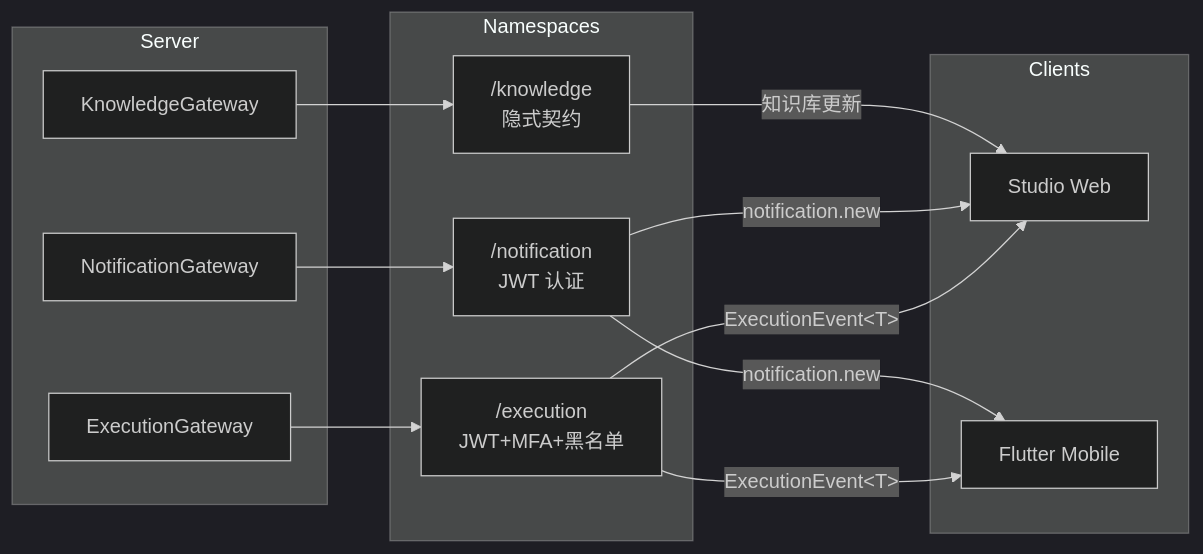
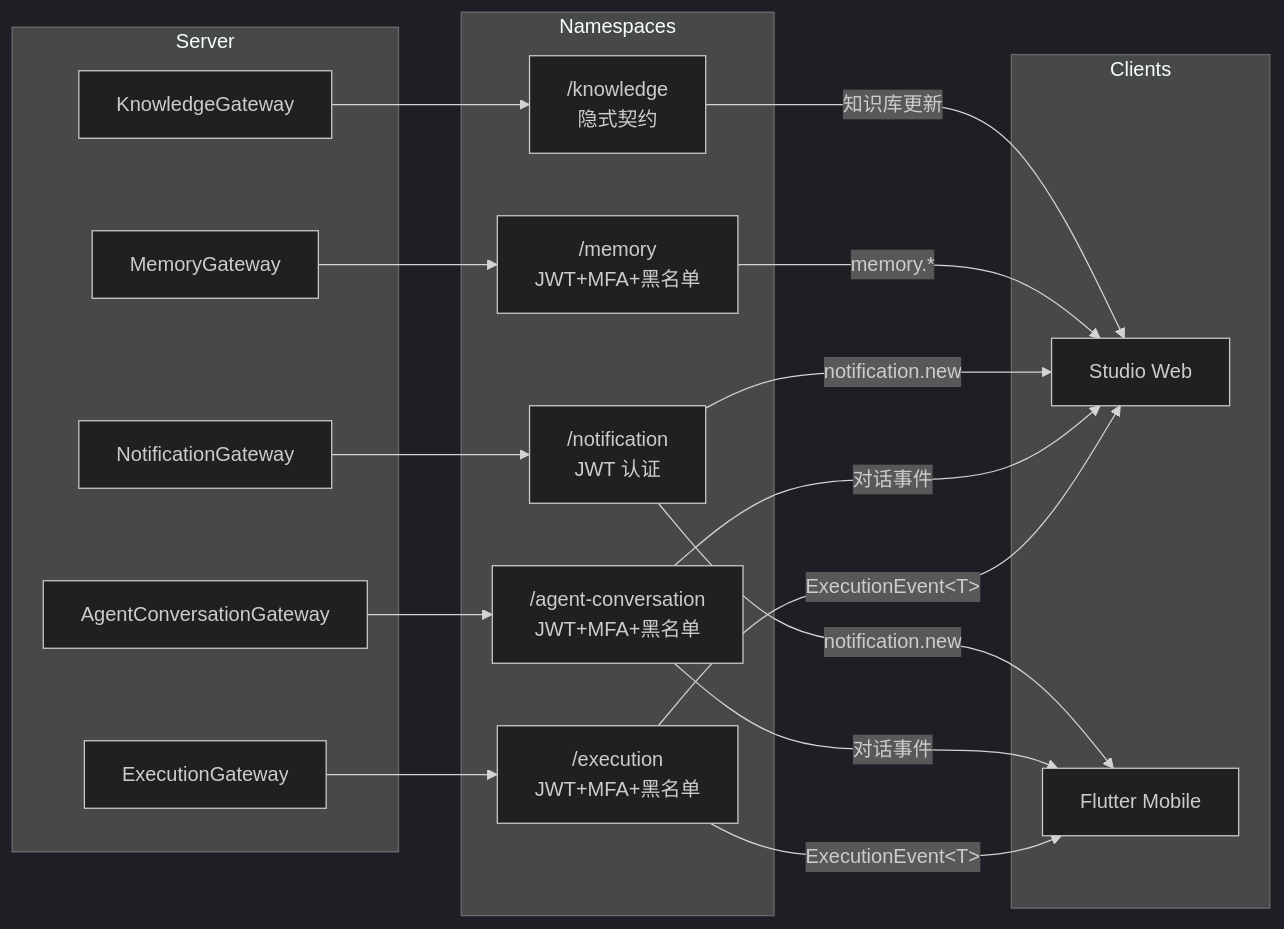
Before and after one commit to Lynricsy/AgentLoom: the second of 2 diagrams in agentloom-docs/zh/server/realtime.md, drawn with Mermaid (dark theme). The commit also changed other lines of this file and 25 other files, not shown here.

````diff
--- a/agentloom-docs/zh/server/realtime.md
+++ b/agentloom-docs/zh/server/realtime.md
@@ -274,29 +407,38 @@
 ```mermaid
 flowchart LR
     subgraph Server
         EG[ExecutionGateway]
+        ACG[AgentConversationGateway]
         NG[NotificationGateway]
+        MG[MemoryGateway]
         KG[KnowledgeGateway]
     end
 
     subgraph Namespaces
         E["/execution<br/>JWT+MFA+黑名单"]
+        AC["/agent-conversation<br/>JWT+MFA+黑名单"]
         N["/notification<br/>JWT 认证"]
+        M["/memory<br/>JWT+MFA+黑名单"]
         K["/knowledge<br/>隐式契约"]
     end
 
     subgraph Clients
         Studio[Studio Web]
         Mobile[Flutter Mobile]
     end
 
     EG --> E
+    ACG --> AC
     NG --> N
+    MG --> M
     KG --> K
 
     E -->|"ExecutionEvent&lt;T&gt;"| Studio
     E -->|"ExecutionEvent&lt;T&gt;"| Mobile
+    AC -->|"对话事件"| Studio
+    AC -->|"对话事件"| Mobile
     N -->|"notification.new"| Studio
     N -->|"notification.new"| Mobile
+    M -->|"memory.*"| Studio
     K -->|"知识库更新"| Studio
 ```
````
